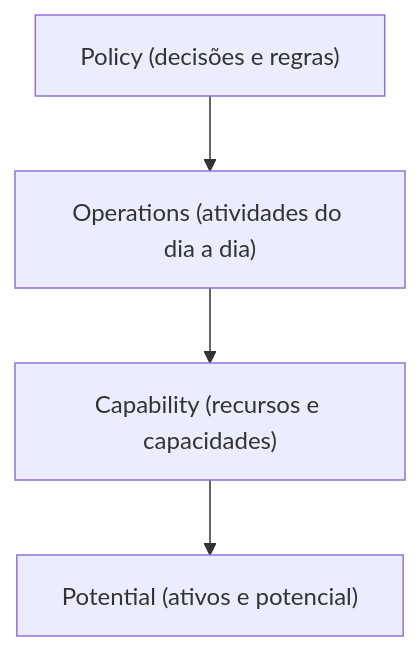
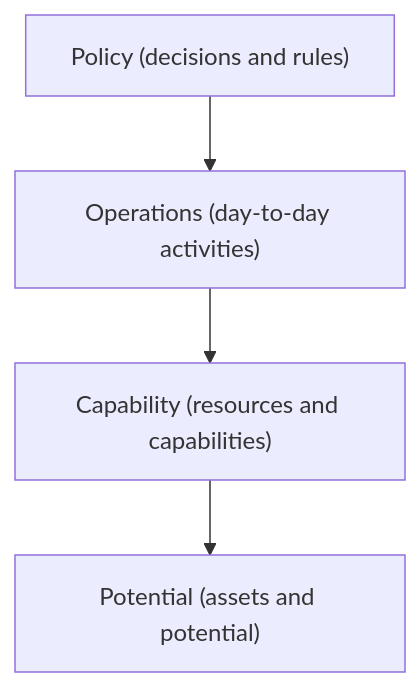
One commit to alancesar/design-patterns changed the diagram in docs/application/ddd/large-scale-structure/responsibility-layers.md. Above: the diagram before and after it, drawn with Mermaid. The commit also changed 258 other files, not shown here.

First line of the commit message:
Translate Mermaid diagrams to English

````diff
--- a/docs/application/ddd/large-scale-structure/responsibility-layers.md
+++ b/docs/application/ddd/large-scale-structure/responsibility-layers.md
@@ -57,6 +57,6 @@
 ```mermaid
 flowchart TB
-    P["Policy (decisões e regras)"] --> O["Operations (atividades do dia a dia)"]
-    O --> C["Capability (recursos e capacidades)"]
-    C --> PT["Potential (ativos e potencial)"]
+    P["Policy (decisions and rules)"] --> O["Operations (day-to-day activities)"]
+    O --> C["Capability (resources and capabilities)"]
+    C --> PT["Potential (assets and potential)"]
 ```
````
